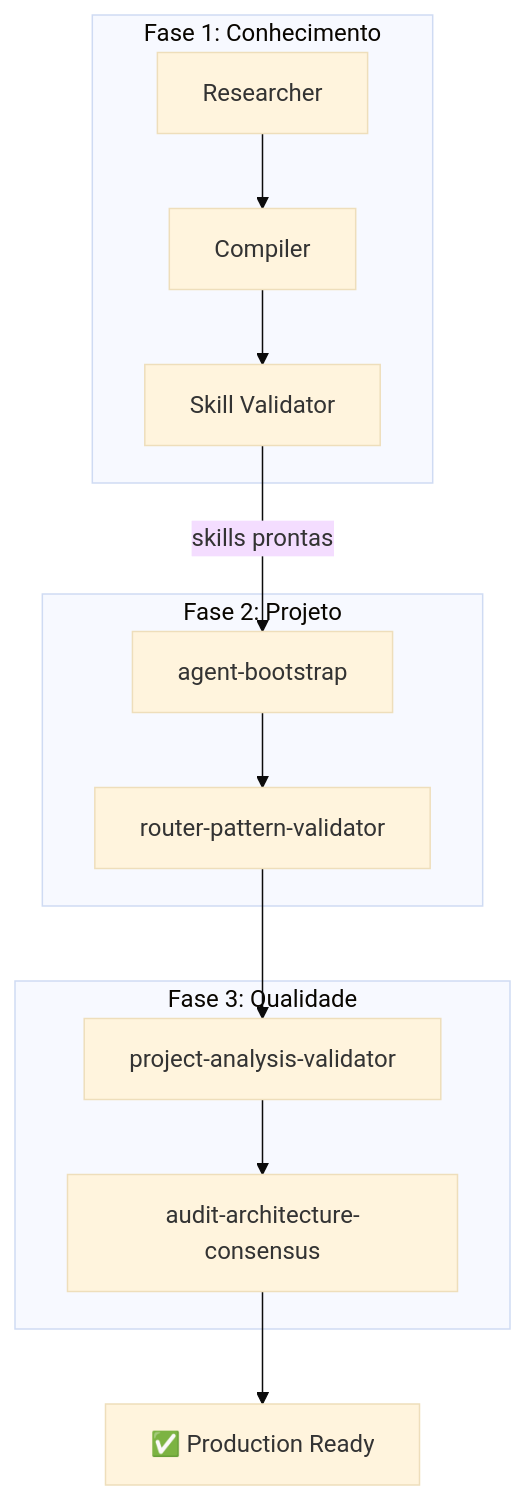
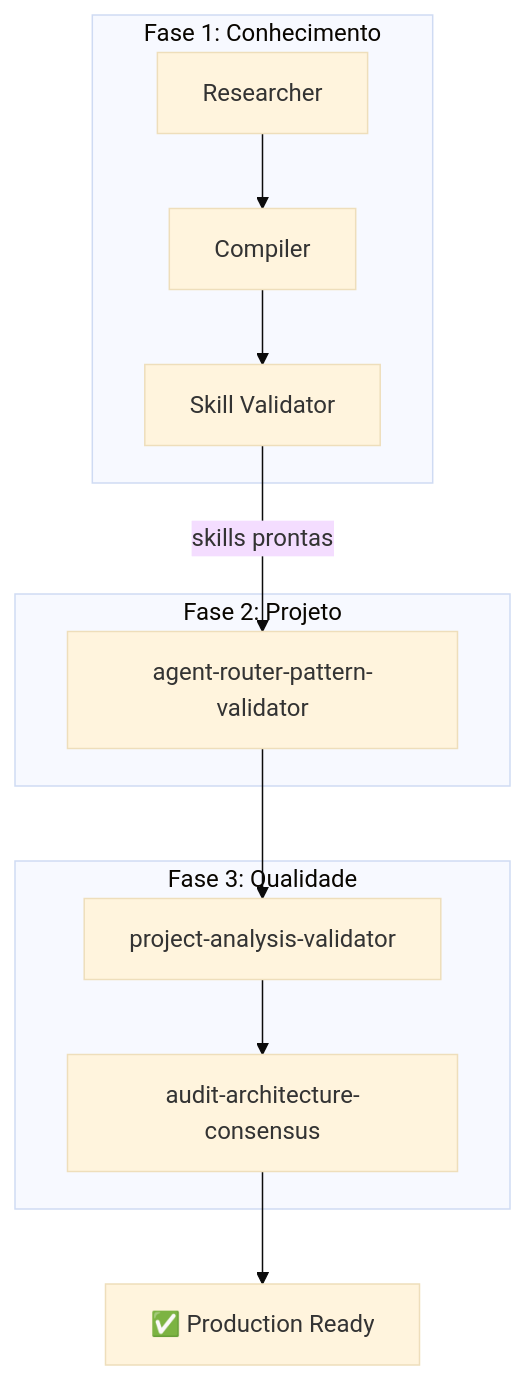
The sixth of 6 diagrams in docs/fluxos/README.md (rodrigo-mendes/agents-factory), drawn with Mermaid (base theme) before and after one commit. The commit also changed other lines of this file and 4 other files, not shown here.

First line of the commit message:
docs(fluxos,referencia): update flow diagrams and conventions for Claude Code

````diff
--- a/docs/fluxos/README.md
+++ b/docs/fluxos/README.md
@@ -99,19 +99,19 @@
 ```mermaid
 graph TD
     subgraph "Fase 1: Conhecimento"
         R[Researcher] --> C[Compiler]
         C --> V1[Skill Validator]
     end
 
     subgraph "Fase 2: Projeto"
-        B[agent-bootstrap] --> RP[router-pattern-validator]
+        RP[agent-router-pattern-validator]
     end
 
     subgraph "Fase 3: Qualidade"
         PV[project-analysis-validator] --> AU[audit-architecture-consensus]
     end
 
-    V1 -->|skills prontas| B
+    V1 -->|skills prontas| RP
     RP --> PV
     AU --> PROD[✅ Production Ready]
 ```
````
